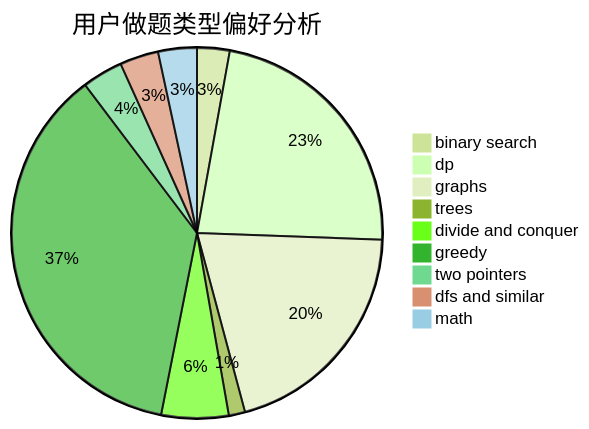
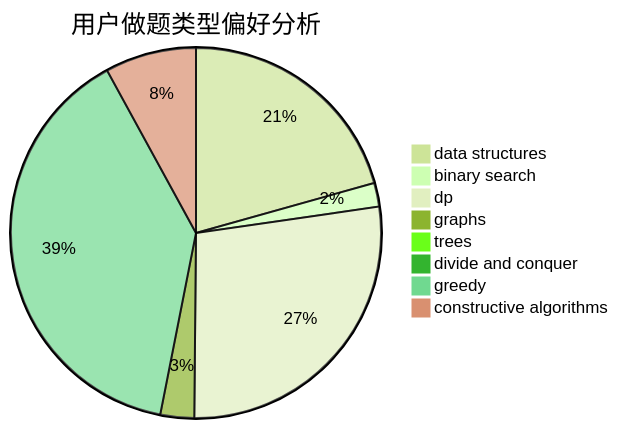
One commit to sherpahu/cfrs.github.io changed the second of 3 diagrams in docs/user/u680.md. Above: the diagram before and after it, drawn with Mermaid (forest theme). The commit also changed other lines of this file and 2775 other files, not shown here.

````diff
--- a/docs/user/u680.md
+++ b/docs/user/u680.md
@@ -23,12 +23,11 @@
 ```mermaid
 pie title 用户做题类型偏好分析
-    "binary search" :  16
-    "dp" :  128
-    "graphs" :  114
-    "trees" :  8
-    "divide and conquer" :  33
-    "greedy" :  206
-    "two pointers" :  20
-    "dfs and similar" :  19
-    "math" :  19
+    "data structures" :  70
+    "binary search" :  7
+    "dp" :  93
+    "graphs" :  10
+    "trees" :  0
+    "divide and conquer" :  0
+    "greedy" :  132
+    "constructive algorithms" :  27
 ```
````
